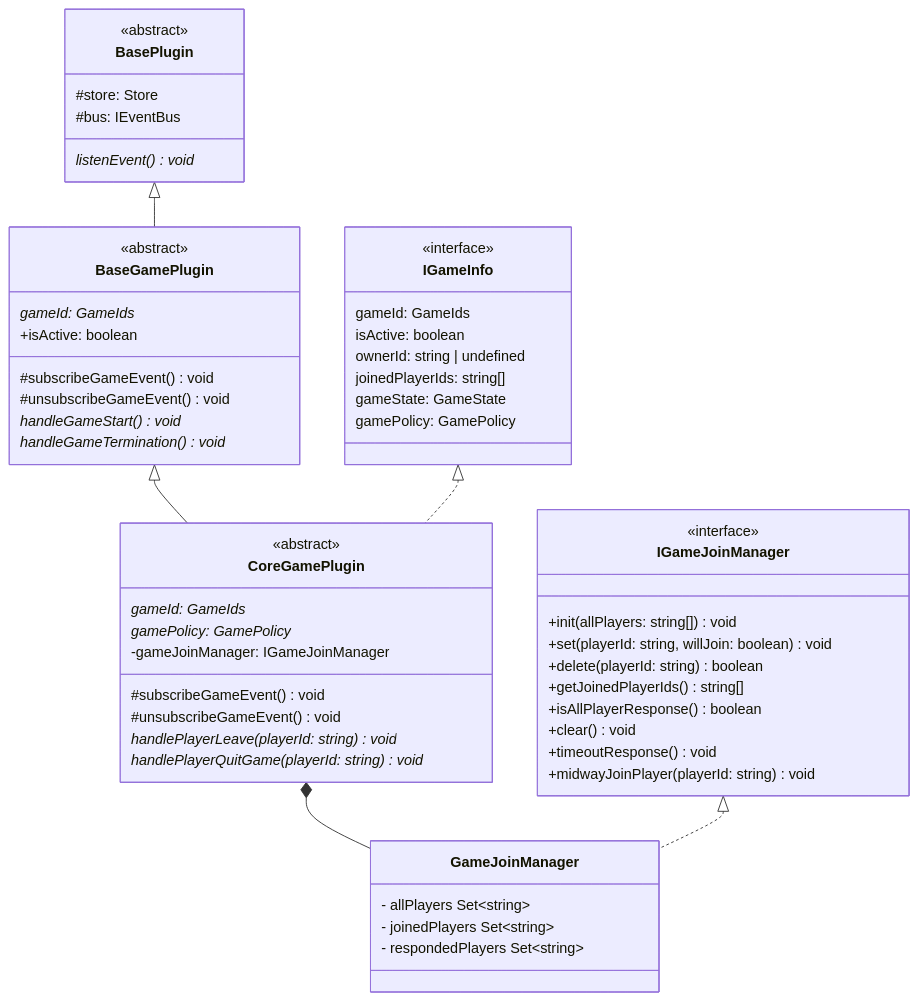
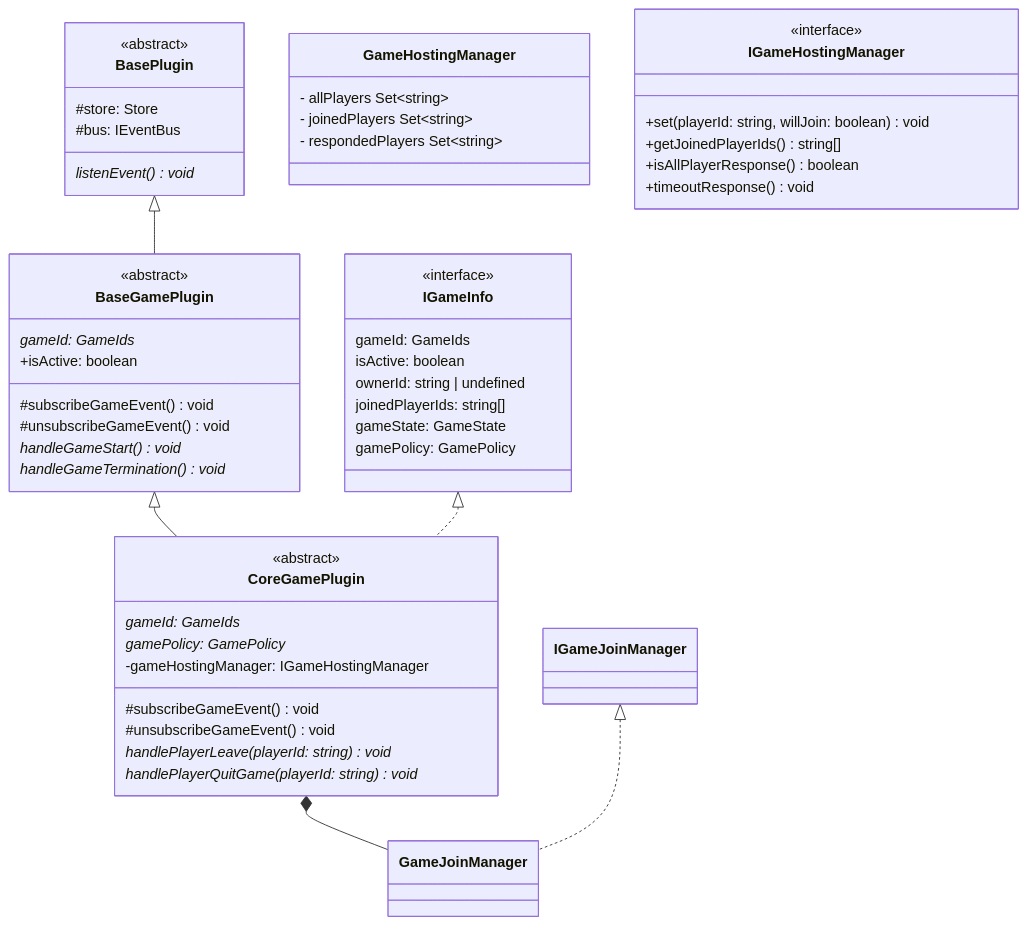
One commit to churadata/churaverse-plugins changed the diagram in churaverse-plugins-server/src/gamePlugin/gamePluginClass.md. Above: the diagram before and after it, drawn with Mermaid.

Commit message:
817に合わせて修正

````diff
--- a/churaverse-plugins-server/src/gamePlugin/gamePluginClass.md
+++ b/churaverse-plugins-server/src/gamePlugin/gamePluginClass.md
@@ -5,68 +5,64 @@
 ```mermaid
 classDiagram
     BasePlugin <|-- BaseGamePlugin
     BaseGamePlugin <|-- CoreGamePlugin
     IGameInfo <|.. CoreGamePlugin
     CoreGamePlugin *-- GameJoinManager
     IGameJoinManager <|.. GameJoinManager
 
     class BasePlugin {
         <<abstract>>
         #store: Store<Scene>
         #bus: IEventBus<Scene>
 
         listenEvent() void *
     }
 
     class IGameInfo {
         <<interface>>
         gameId: GameIds
         isActive: boolean
         ownerId: string | undefined
         joinedPlayerIds: string[]
         gameState: GameState
         gamePolicy: GamePolicy
     }
 
     class BaseGamePlugin {
         <<abstract>>
         gameId: GameIds * 
         +isActive: boolean
 
         #subscribeGameEvent() void
         #unsubscribeGameEvent() void
         handleGameStart() void *
         handleGameTermination() void *
     }
 
     class CoreGamePlugin {
         <<abstract>>
         gameId: GameIds *
         gamePolicy: GamePolicy *
-        -gameJoinManager: IGameJoinManager
+        -gameHostingManager: IGameHostingManager
 
         #subscribeGameEvent() void
         #unsubscribeGameEvent() void
         handlePlayerLeave(playerId: string) void *
         handlePlayerQuitGame(playerId: string) void *
     }
 
-    class GameJoinManager {
+    class GameHostingManager {
         - allPlayers Set~string~
         - joinedPlayers Set~string~
         - respondedPlayers Set~string~
     }
 
-    class IGameJoinManager {
+    class IGameHostingManager {
         <<interface>>
-        
-        +init(allPlayers: string[]) void
+
         +set(playerId: string, willJoin: boolean) void
-        +delete(playerId: string) boolean
         +getJoinedPlayerIds() string[]
         +isAllPlayerResponse() boolean
-        +clear() void
         +timeoutResponse() void
-        +midwayJoinPlayer(playerId: string) void
     }
 ```
````
